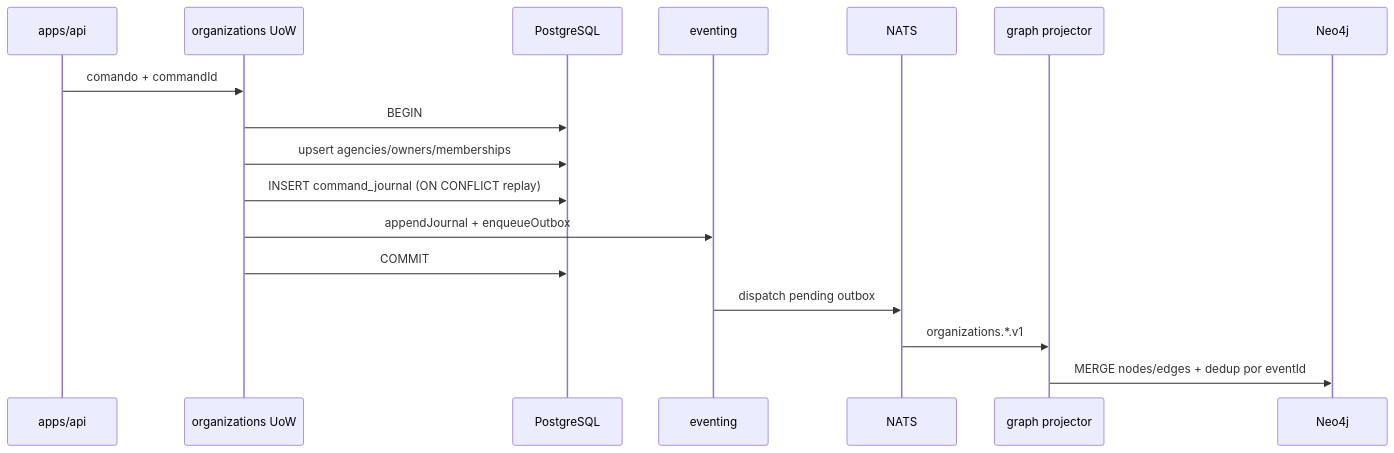
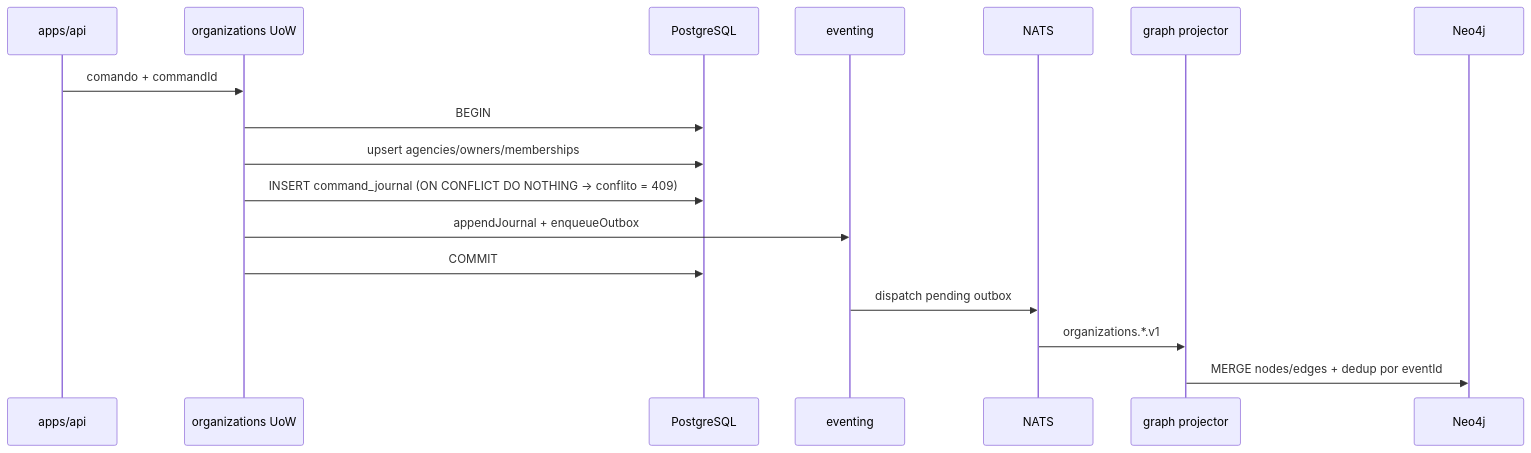
Before and after one commit to jcafeitosa/anxionOS: the diagram in docs/orchestration/modules/organizations/R05-storage.md, drawn with Mermaid. The commit also changed other lines of this file and 2 other files, not shown here.

````diff
--- a/docs/orchestration/modules/organizations/R05-storage.md
+++ b/docs/orchestration/modules/organizations/R05-storage.md
@@ -84,20 +84,20 @@
 ```mermaid
 sequenceDiagram
   participant API as apps/api
   participant ORG as organizations UoW
   participant PG as PostgreSQL
   participant EVT as eventing
   participant NATS as NATS
   participant GRP as graph projector
   participant NEO as Neo4j
 
   API->>ORG: comando + commandId
   ORG->>PG: BEGIN
   ORG->>PG: upsert agencies/owners/memberships
-  ORG->>PG: INSERT command_journal (ON CONFLICT replay)
+  ORG->>PG: INSERT command_journal (ON CONFLICT DO NOTHING -> conflito = 409)
   ORG->>EVT: appendJournal + enqueueOutbox
   ORG->>PG: COMMIT
   EVT->>NATS: dispatch pending outbox
   NATS->>GRP: organizations.*.v1
   GRP->>NEO: MERGE nodes/edges + dedup por eventId
 ```
````
